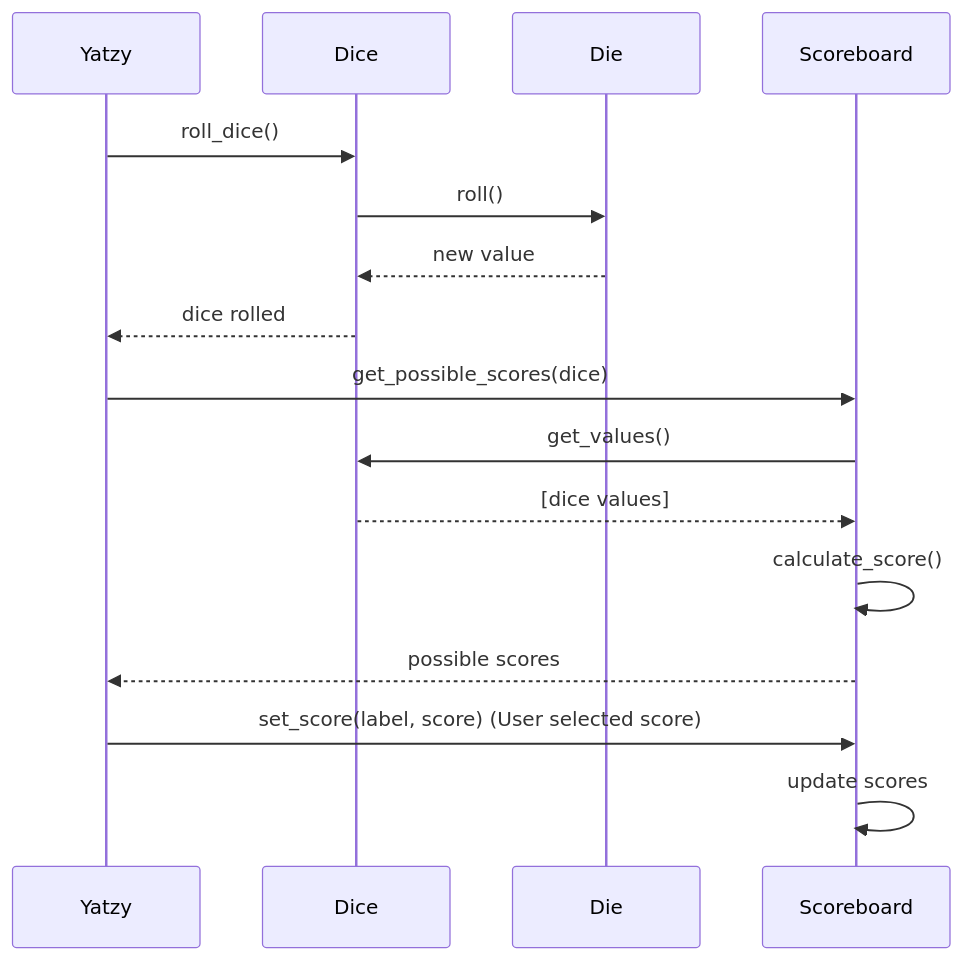
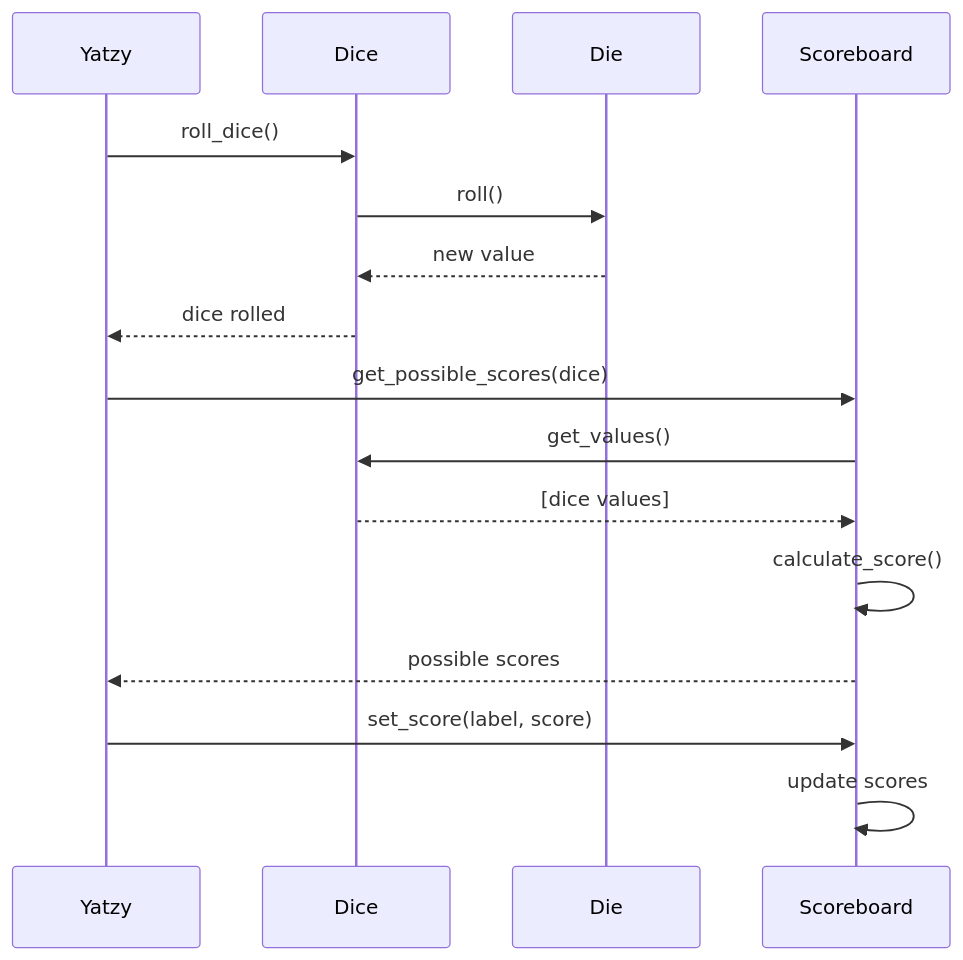
The third of 3 diagrams in dokumentaatio/arkkitehtuuri.md (latoma/OhTe-harjoitustyo), drawn with Mermaid before and after one commit. The commit also changed other lines of this file and 4 other files, not shown here.

````diff
--- a/dokumentaatio/arkkitehtuuri.md
+++ b/dokumentaatio/arkkitehtuuri.md
@@ -58,22 +134,22 @@
 ```mermaid
 sequenceDiagram
     participant Y as Yatzy
     participant D as Dice
     participant Die as Die
     participant S as Scoreboard
 
     Y->>D: roll_dice()
     D->>Die: roll()
     Die-->>D: new value
     D-->>Y: dice rolled
 
     Y->>S: get_possible_scores(dice)
     S->>D: get_values()
     D-->>S: [dice values]
     S->>S: calculate_score()
     S-->>Y: possible scores
 
-    Y->>S: set_score(label, score) (User selected score)
+    Y->>S: set_score(label, score)
     S->>S: update scores
 
 ```
````
